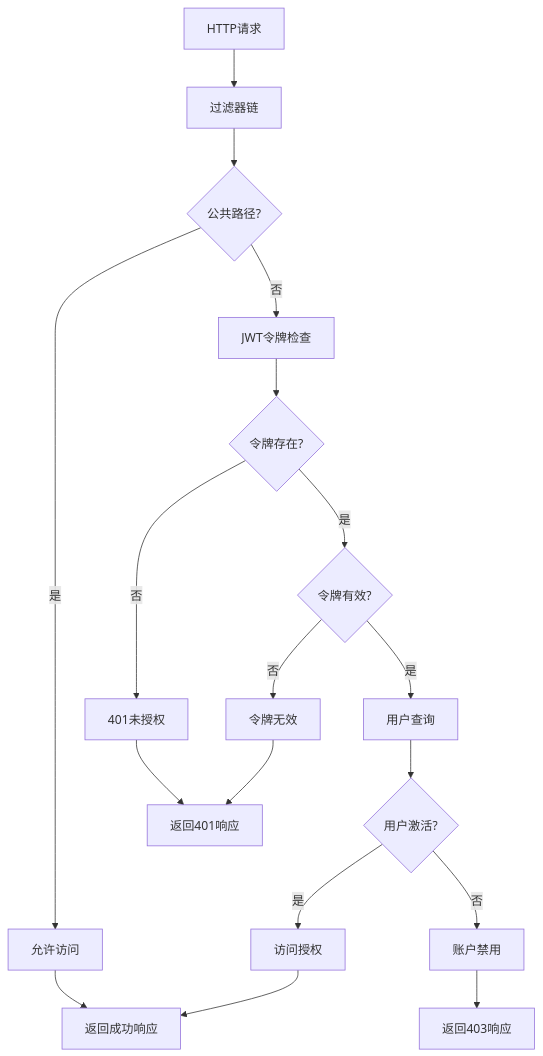
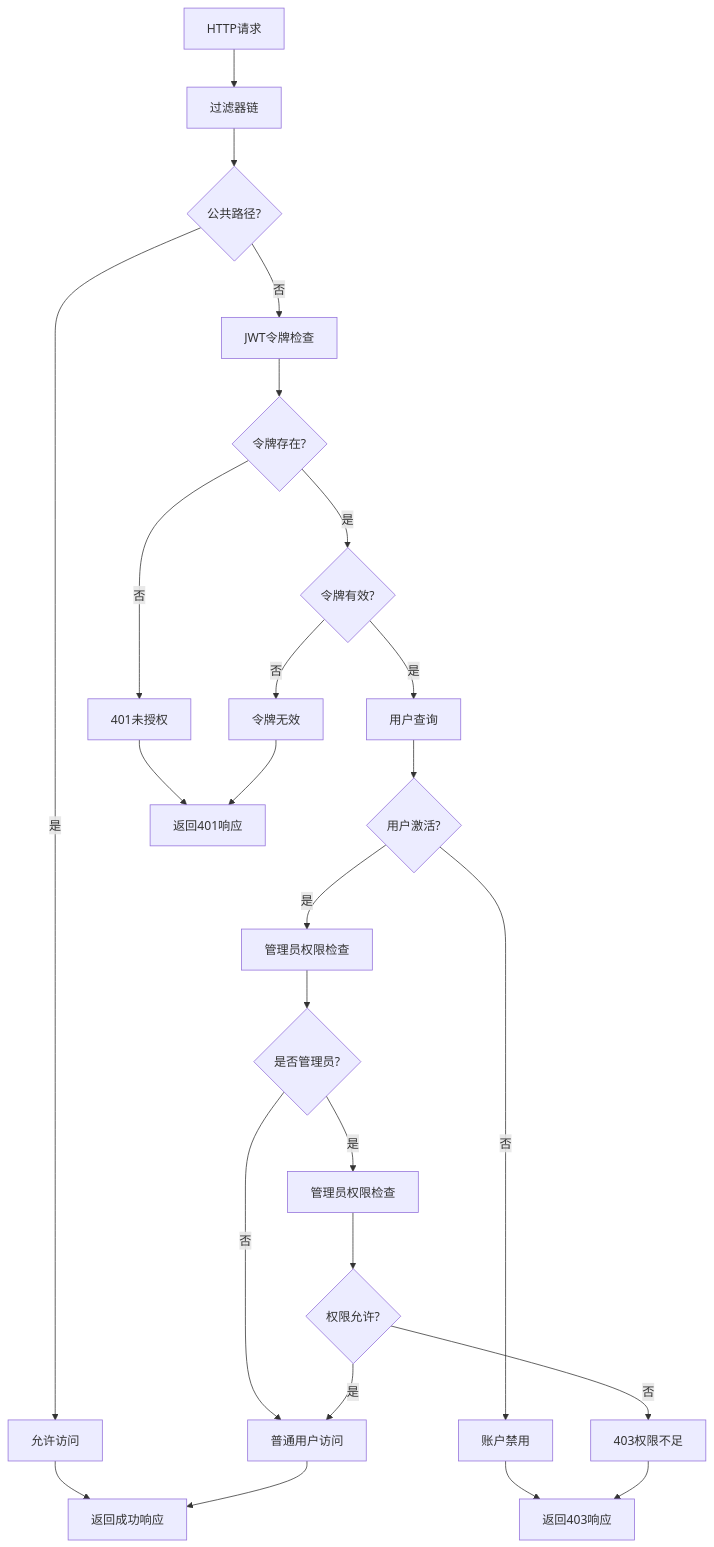
The fourth of 7 diagrams in .qoder/repowiki/zh/content/安全认证系统/安全认证系统.md (20164206160/zhishilu), drawn with Mermaid before and after one commit. The commit also changed other lines of this file and 11 other files, not shown here.

````diff
--- a/.qoder/repowiki/zh/content/安全认证系统/安全认证系统.md
+++ b/.qoder/repowiki/zh/content/安全认证系统/安全认证系统.md
@@ -251,20 +318,27 @@
 ```mermaid
 flowchart TD
 REQUEST[HTTP请求] --> FILTER_CHAIN[过滤器链]
 FILTER_CHAIN --> PUBLIC_PATH{公共路径?}
 PUBLIC_PATH --> |是| ALLOW_ACCESS[允许访问]
 PUBLIC_PATH --> |否| JWT_CHECK[JWT令牌检查]
 JWT_CHECK --> TOKEN_PRESENT{令牌存在?}
 TOKEN_PRESENT --> |否| UNAUTHORIZED[401未授权]
 TOKEN_PRESENT --> |是| TOKEN_VALID{令牌有效?}
 TOKEN_VALID --> |否| INVALID_TOKEN[令牌无效]
 TOKEN_VALID --> |是| USER_LOOKUP[用户查询]
 USER_LOOKUP --> USER_ACTIVE{用户激活?}
 USER_ACTIVE --> |否| ACCOUNT_DISABLED[账户禁用]
-USER_ACTIVE --> |是| ACCESS_GRANTED[访问授权]
+USER_ACTIVE --> |是| ADMIN_CHECK[管理员权限检查]
+ADMIN_CHECK --> IS_ADMIN{是否管理员?}
+IS_ADMIN --> |否| ACCESS_GRANTED[普通用户访问]
+IS_ADMIN --> |是| ADMIN_PERMISSIONS[管理员权限检查]
+ADMIN_PERMISSIONS --> PERMISSION_ALLOWED{权限允许?}
+PERMISSION_ALLOWED --> |否| ACCESS_DENIED[403权限不足]
+PERMISSION_ALLOWED --> |是| ACCESS_GRANTED
 UNAUTHORIZED --> RESPONSE_401[返回401响应]
 INVALID_TOKEN --> RESPONSE_401
 ACCOUNT_DISABLED --> RESPONSE_403[返回403响应]
+ACCESS_DENIED --> RESPONSE_403
 ALLOW_ACCESS --> RESPONSE_SUCCESS[返回成功响应]
 ACCESS_GRANTED --> RESPONSE_SUCCESS
 ```
````
